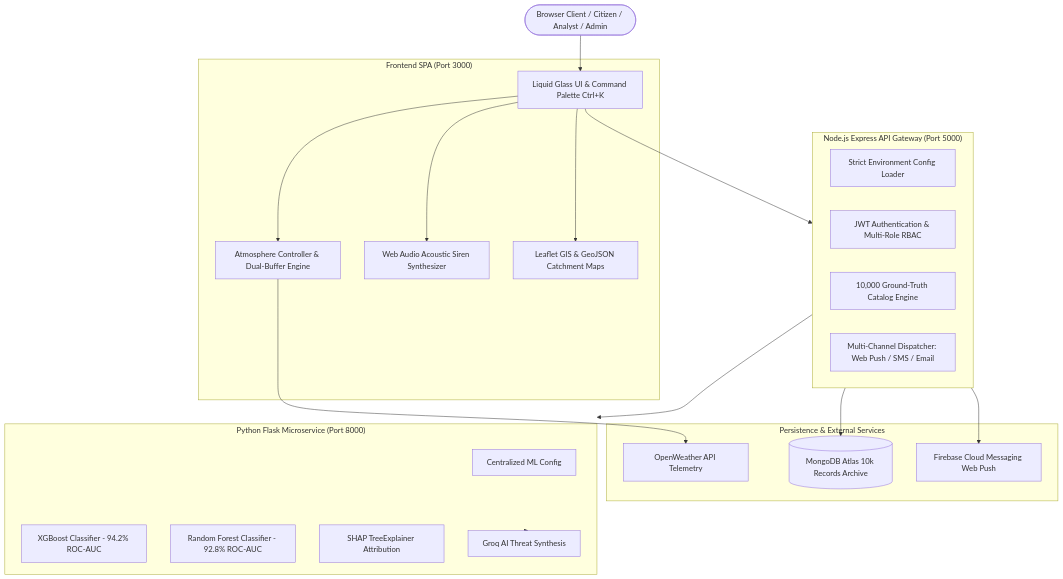
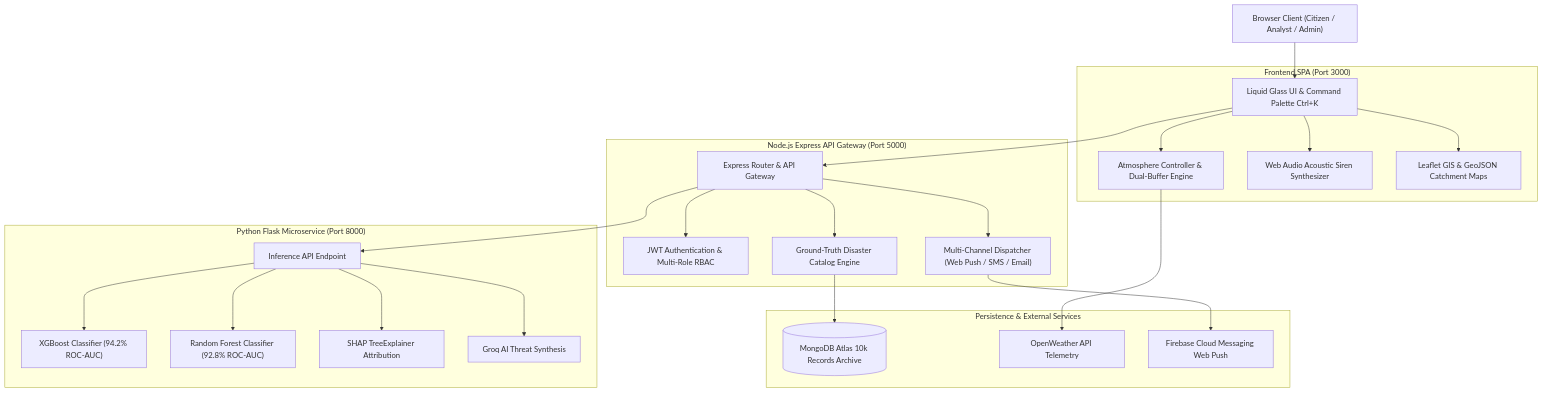
The diagram in README.md (TheOrionGD/FLOOD-AI-PRABU), drawn with Mermaid before and after one commit. The commit also changed 2 other files, not shown here.

Commit message:
fix(docs): resolve Mermaid syntax errors in README and architecture diagrams for GitHub rich display rendering

````diff
--- a/README.md
+++ b/README.md
@@ -16,43 +16,49 @@
 ```mermaid
 graph TD
-    User([Browser Client / Citizen / Analyst / Admin])
+    User["Browser Client (Citizen / Analyst / Admin)"]
     
-    subgraph Frontend ["Frontend SPA (Port 3000)"]
-        UI[Liquid Glass UI & Command Palette Ctrl+K]
-        Atmosphere[Atmosphere Controller & Dual-Buffer Engine]
-        Audio[Web Audio Acoustic Siren Synthesizer]
-        GIS[Leaflet GIS & GeoJSON Catchment Maps]
+    subgraph Frontend["Frontend SPA (Port 3000)"]
+        UI["Liquid Glass UI & Command Palette Ctrl+K"]
+        Atmosphere["Atmosphere Controller & Dual-Buffer Engine"]
+        Audio["Web Audio Acoustic Siren Synthesizer"]
+        GIS["Leaflet GIS & GeoJSON Catchment Maps"]
     end
 
-    subgraph Backend ["Node.js Express API Gateway (Port 5000)"]
-        EnvConfig[Strict Environment Config Loader]
-        AuthRBAC[JWT Authentication & Multi-Role RBAC]
-        DisasterAPI[10,000 Ground-Truth Catalog Engine]
-        Dispatch[Multi-Channel Dispatcher: Web Push / SMS / Email]
+    subgraph Backend["Node.js Express API Gateway (Port 5000)"]
+        Gateway["Express Router & API Gateway"]
+        AuthRBAC["JWT Authentication & Multi-Role RBAC"]
+        DisasterAPI["Ground-Truth Disaster Catalog Engine"]
+        Dispatch["Multi-Channel Dispatcher (Web Push / SMS / Email)"]
     end
 
-    subgraph ML ["Python Flask Microservice (Port 8000)"]
-        MLConfig[Centralized ML Config]
-        XGB[XGBoost Classifier - 94.2% ROC-AUC]
-        RF[Random Forest Classifier - 92.8% ROC-AUC]
-        SHAP[SHAP TreeExplainer Attribution]
-        Groq[Groq AI Threat Synthesis]
+    subgraph ML["Python Flask Microservice (Port 8000)"]
+        MLConfig["Inference API Endpoint"]
+        XGB["XGBoost Classifier (94.2% ROC-AUC)"]
+        RF["Random Forest Classifier (92.8% ROC-AUC)"]
+        SHAP["SHAP TreeExplainer Attribution"]
+        Groq["Groq AI Threat Synthesis"]
     end
 
-    subgraph Persistence ["Persistence & External Services"]
+    subgraph Persistence["Persistence & External Services"]
         Atlas[("MongoDB Atlas 10k Records Archive")]
         OpenWeather["OpenWeather API Telemetry"]
         FCM["Firebase Cloud Messaging Web Push"]
     end
 
     User --> UI
-    UI --> Backend
+    UI --> Gateway
     UI --> Atmosphere
     UI --> Audio
     UI --> GIS
-    Backend --> ML
-    Backend --> Atlas
-    Backend --> FCM
+    Gateway --> AuthRBAC
+    Gateway --> DisasterAPI
+    Gateway --> Dispatch
+    Gateway --> MLConfig
+    DisasterAPI --> Atlas
+    Dispatch --> FCM
     Atmosphere --> OpenWeather
-    ML --> Groq
+    MLConfig --> XGB
+    MLConfig --> RF
+    MLConfig --> SHAP
+    MLConfig --> Groq
 ```
````
